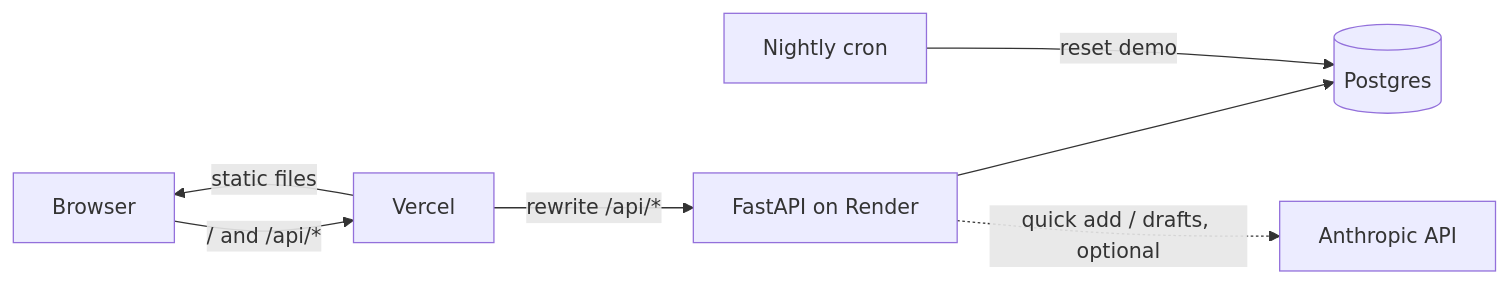
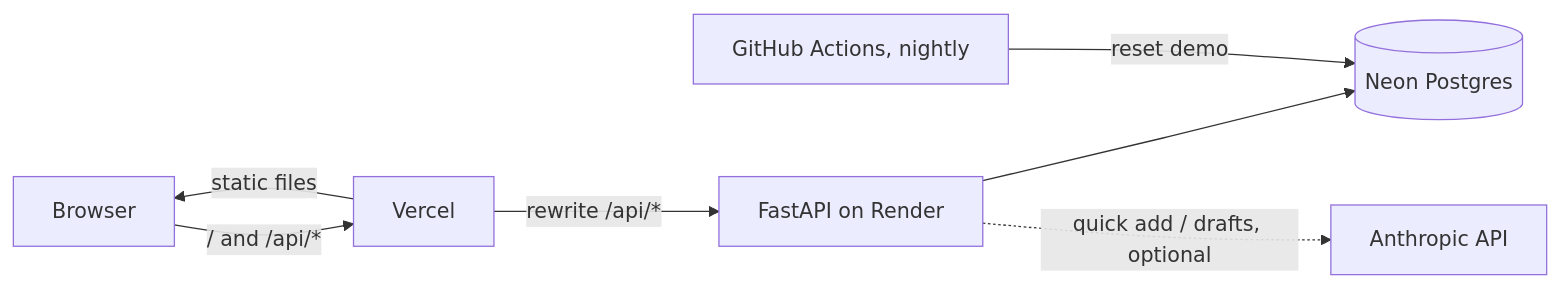
Before and after one commit to yarexzigonzalez/ember: the diagram in README.md, drawn with Mermaid. The commit also changed other lines of this file and 3 other files, not shown here.

````diff
--- a/README.md
+++ b/README.md
@@ -28,9 +28,9 @@
 ```mermaid
 flowchart LR
     B[Browser] -->|"/ and /api/*"| V[Vercel]
     V -->|static files| B
     V -->|"rewrite /api/*"| R[FastAPI on Render]
-    R --> P[(Postgres)]
+    R --> P[(Neon Postgres)]
     R -.->|quick add / drafts, optional| A[Anthropic API]
-    C[Nightly cron] -->|reset demo| P
+    C[GitHub Actions, nightly] -->|reset demo| P
 ```
````
